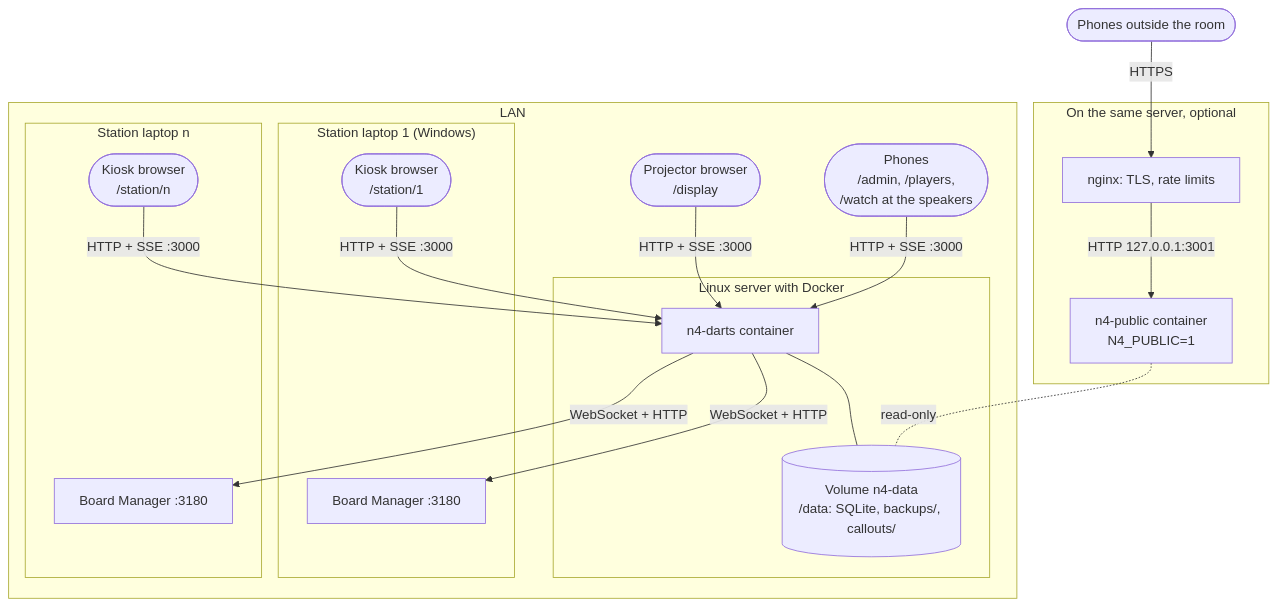
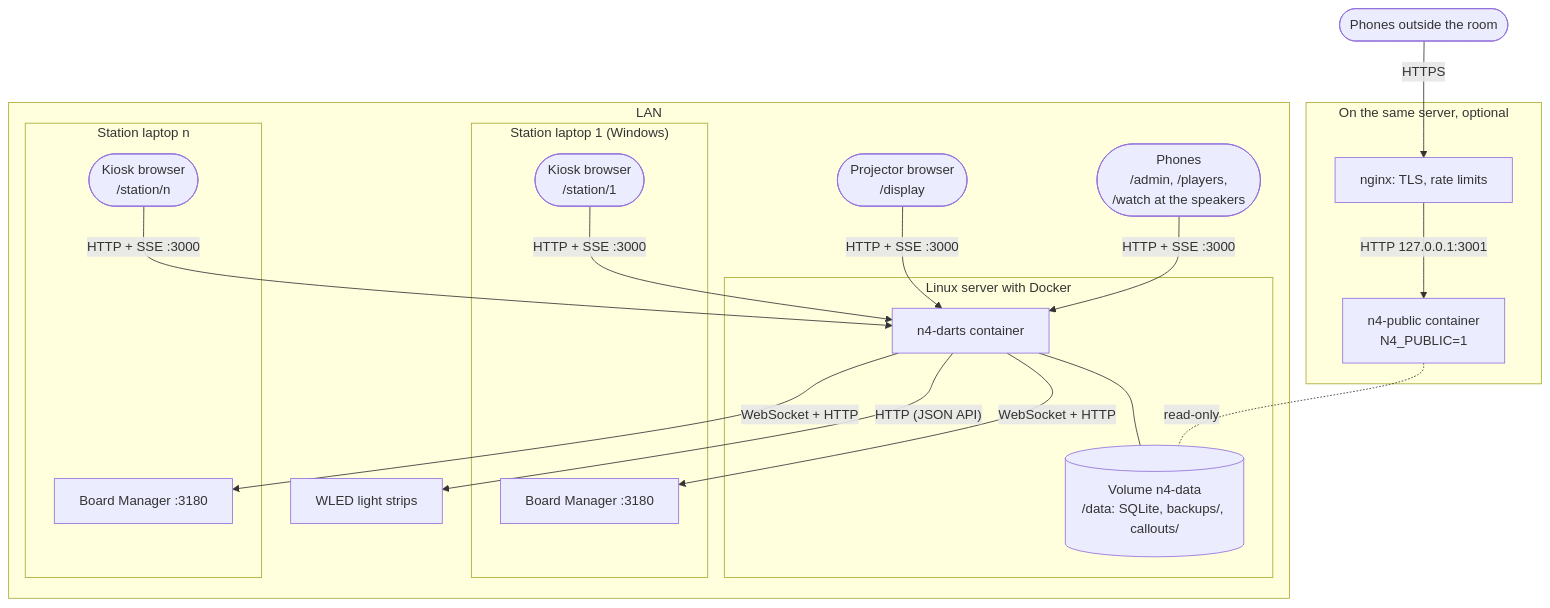
One commit to sverbach/n4-darts changed the diagram in docs/architecture/07-deployment-view.md. Above: the diagram before and after it, drawn with Mermaid. The commit also changed other lines of this file and 10 other files, not shown here.

Commit message:
Lights in the docs: README, ADR 0009, architecture, ui-pages, glossary (wled-lights 05)

````diff
--- a/docs/architecture/07-deployment-view.md
+++ b/docs/architecture/07-deployment-view.md
@@ -5,32 +5,34 @@
 ```mermaid
 flowchart TB
     subgraph lan["LAN"]
         subgraph server["Linux server with Docker"]
             container["n4-darts container<br/>"]
             volume[("Volume n4-data<br/>/data: SQLite, backups/, callouts/")]
             container --- volume
         end
         subgraph laptop1["Station laptop 1 (Windows)"]
             bm1["Board Manager :3180"]
             kiosk1(["Kiosk browser<br/>/station/1"])
         end
         subgraph laptopN["Station laptop n"]
             bmN["Board Manager :3180"]
             kioskN(["Kiosk browser<br/>/station/n"])
         end
         projector(["Projector browser<br/>/display"])
+        wled["WLED light strips"]
         phones(["Phones<br/>/admin, /players,<br/>/watch at the speakers"])
     end
     subgraph home["On the same server, optional"]
         nginx["nginx: TLS, rate limits"]
         public["n4-public container<br/>N4_PUBLIC=1"]
     end
     internet(["Phones outside the room"])
 
     internet -- "HTTPS" --> nginx -- "HTTP 127.0.0.1:3001" --> public
     public -. "read-only" .- volume
 
+    container -- "HTTP (JSON API)" --> wled
     container -- "WebSocket + HTTP" --> bm1
     container -- "WebSocket + HTTP" --> bmN
     kiosk1 & kioskN & projector & phones -- "HTTP + SSE :3000" --> container
 ```
````
